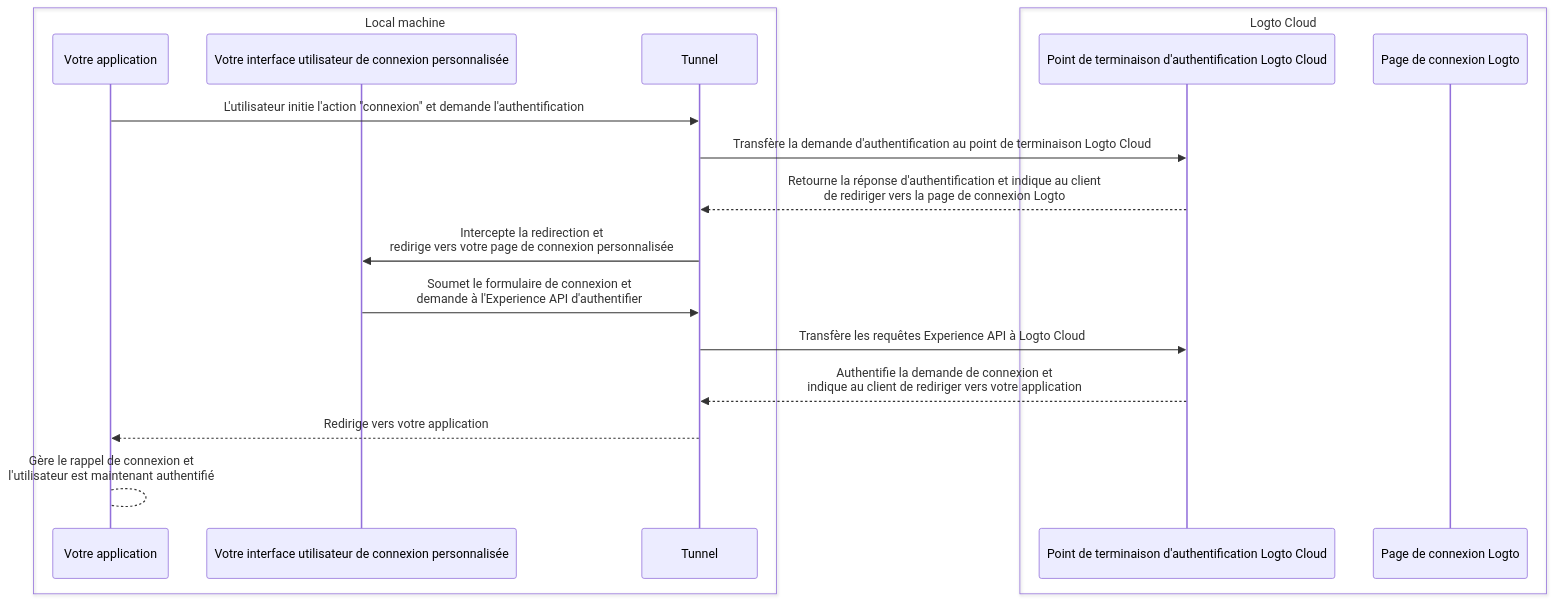
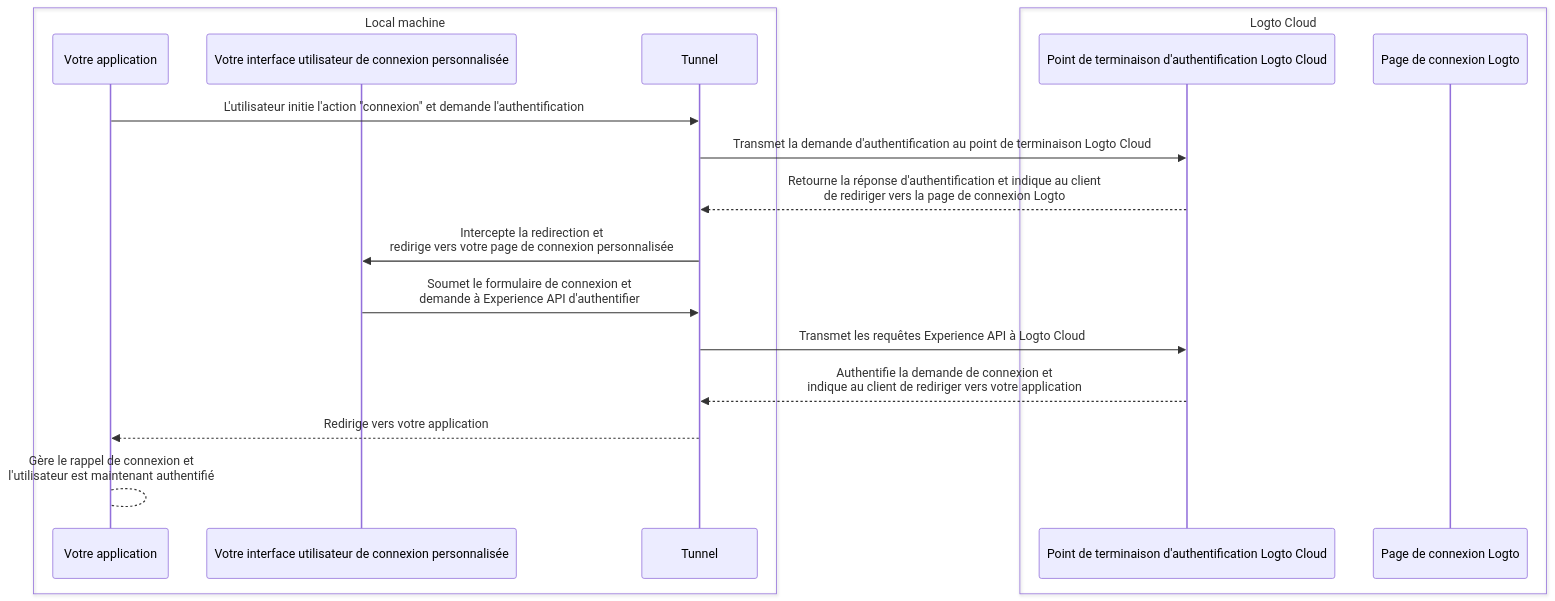
One commit to logto-io/docs changed the second of 2 diagrams in i18n/fr/docusaurus-plugin-content-docs/current/customization/bring-your-ui/debug-and-test-your-custom-ui-locally.mdx. Above: the diagram before and after it, drawn with Mermaid. The commit also changed other lines of this file and 234 other files, not shown here.

````diff
--- a/i18n/fr/docusaurus-plugin-content-docs/current/customization/bring-your-ui/debug-and-test-your-custom-ui-locally.mdx
+++ b/i18n/fr/docusaurus-plugin-content-docs/current/customization/bring-your-ui/debug-and-test-your-custom-ui-locally.mdx
@@ -42,21 +42,21 @@
 ```mermaid
 sequenceDiagram
     box Local machine
     participant A as Votre application
     participant B as Votre interface utilisateur de connexion personnalisée
     participant C as Tunnel
     end
     box Logto Cloud
     participant D as Point de terminaison d'authentification Logto Cloud
     participant E as Page de connexion Logto
     end
     A ->> C: L'utilisateur initie l'action "connexion" et demande l'authentification
-    C ->> D: Transfère la demande d'authentification au point de terminaison Logto Cloud
+    C ->> D: Transmet la demande d'authentification au point de terminaison Logto Cloud
     D -->> C: Retourne la réponse d'authentification et indique au client<br/>de rediriger vers la page de connexion Logto
     C ->> B: Intercepte la redirection et<br/>redirige vers votre page de connexion personnalisée
-    B ->> C: Soumet le formulaire de connexion et<br/>demande à l'Experience API d'authentifier
-    C ->> D: Transfère les requêtes Experience API à Logto Cloud
+    B ->> C: Soumet le formulaire de connexion et<br/>demande à Experience API d'authentifier
+    C ->> D: Transmet les requêtes Experience API à Logto Cloud
     D -->> C: Authentifie la demande de connexion et<br/>indique au client de rediriger vers votre application
     C -->> A: Redirige vers votre application
     A --> A: Gère le rappel de connexion et<br/>l'utilisateur est maintenant authentifié
 ```
````
